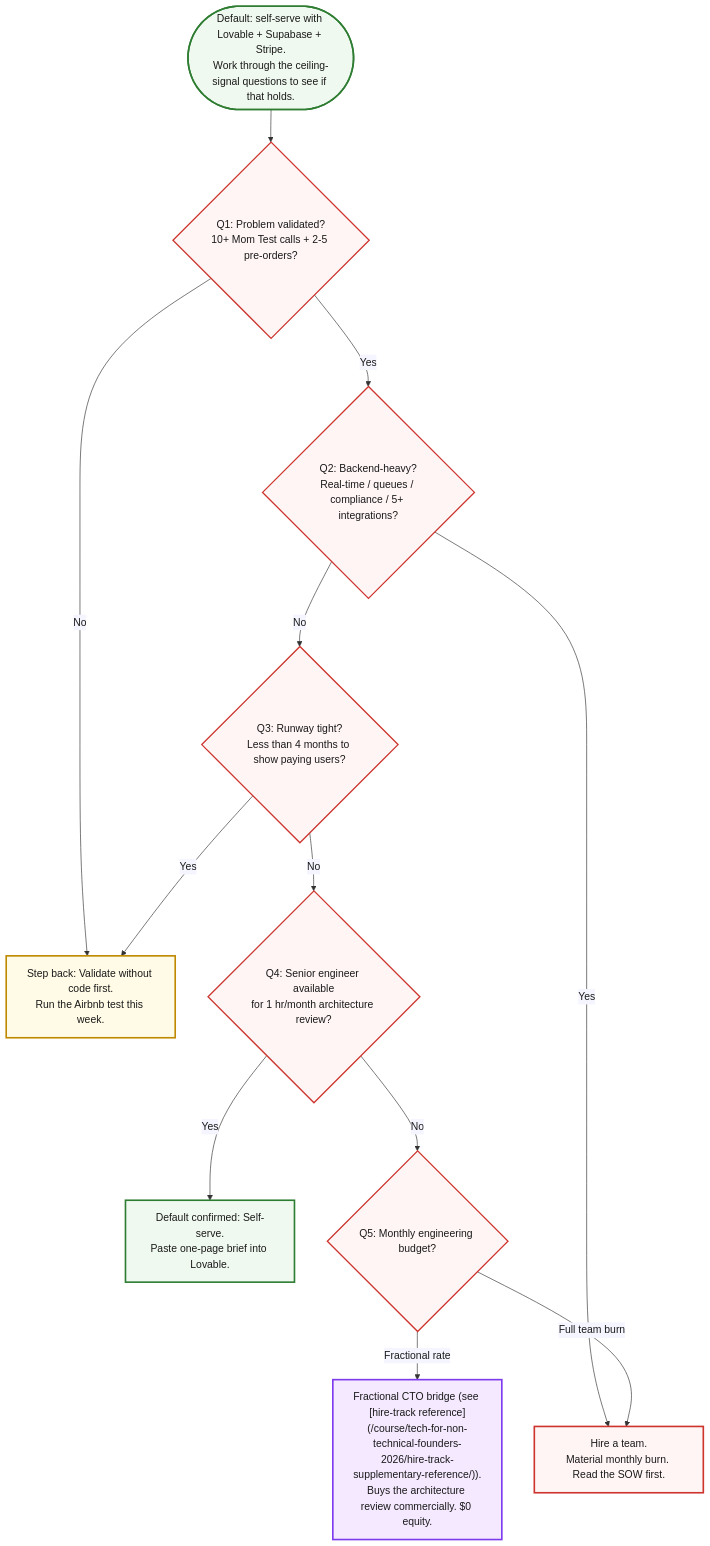
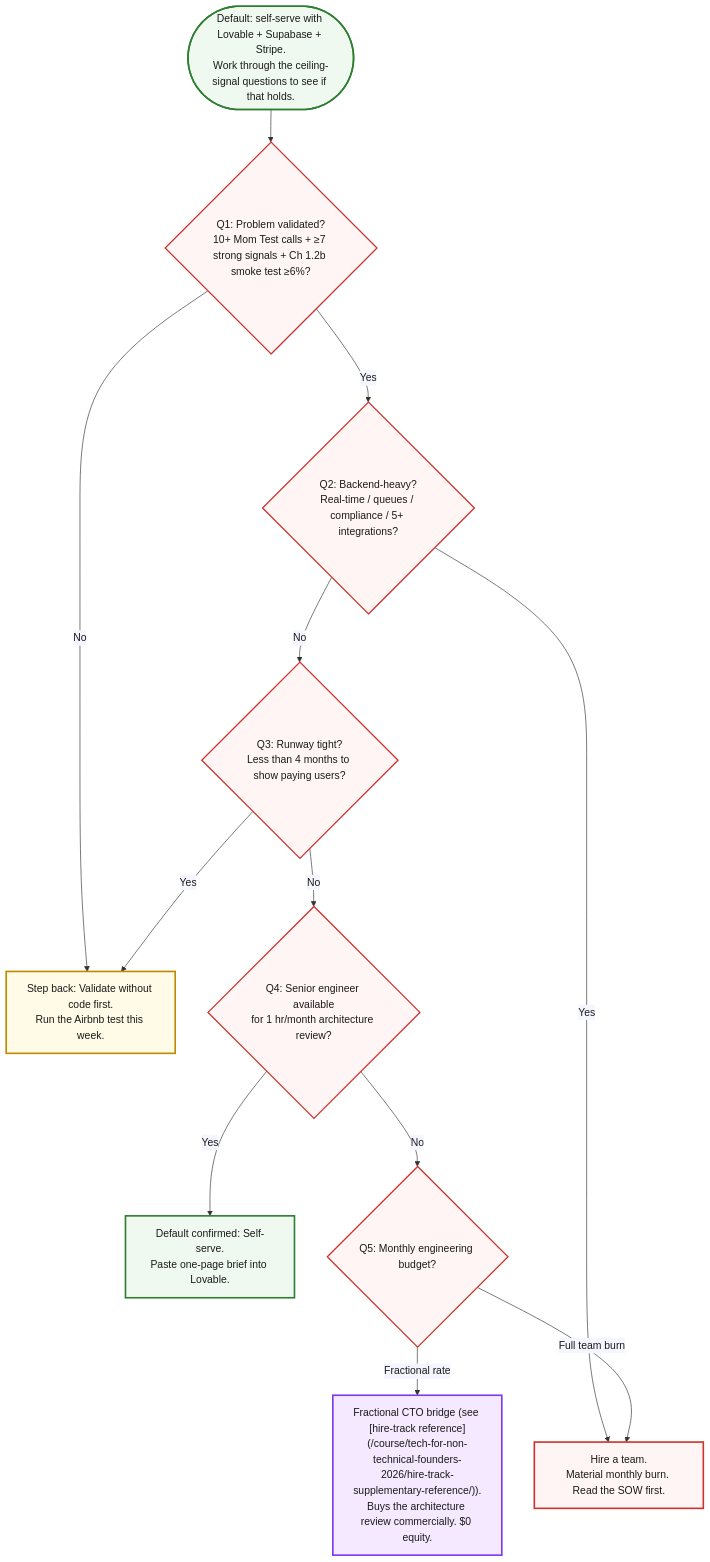
One commit to jetthoughts/jetthoughts.github.io changed the diagram in content/course/tech-for-non-technical-founders-2026/should-you-hire-2026-decision-tree/index.md. Above: the diagram before and after it, drawn with Mermaid. The commit also changed other lines of this file and 26 other files, not shown here.

````diff
--- a/content/course/tech-for-non-technical-founders-2026/should-you-hire-2026-decision-tree/index.md
+++ b/content/course/tech-for-non-technical-founders-2026/should-you-hire-2026-decision-tree/index.md
@@ -114,30 +114,30 @@
 ```mermaid
 %%{init: {'theme':'base', 'themeVariables': {'fontFamily':'Caveat, Patrick Hand, cursive', 'primaryColor':'#fff5f5', 'primaryBorderColor':'#cc342d', 'lineColor':'#333', 'primaryTextColor':'#1a1a1a'}}}%%
 flowchart TD
     Start(["Default: self-serve with Lovable + Supabase + Stripe.<br/>Work through the ceiling-signal questions to see if that holds."])
-    Start --> Q1{"Q1: Problem validated?<br/>10+ Mom Test calls + 2-5 pre-orders?"}
+    Start --> Q1{"Q1: Problem validated?<br/>10+ Mom Test calls + ≥7 strong signals + Ch 1.2b smoke test ≥6%?"}
     Q1 -->|No| Validate["Step back: Validate without code first.<br/>Run the Airbnb test this week."]
     Q1 -->|Yes| Q2{"Q2: Backend-heavy?<br/>Real-time / queues / compliance / 5+ integrations?"}
     Q2 -->|No| Q3{"Q3: Runway tight?<br/>Less than 4 months to show paying users?"}
     Q2 -->|Yes| Hire["Hire a team.<br/>Material monthly burn. Read the SOW first."]
     Q3 -->|No| Q4{"Q4: Senior engineer available<br/>for 1 hr/month architecture review?"}
     Q3 -->|Yes| Validate
     Q4 -->|Yes| SelfServe["Default confirmed: Self-serve.<br/>Paste one-page brief into Lovable."]
     Q4 -->|No| Q5{"Q5: Monthly engineering budget?"}
     Q5 -->|"Fractional rate"| Fractional["Fractional CTO bridge (see [hire-track reference](/course/tech-for-non-technical-founders-2026/hire-track-supplementary-reference/)).<br/>Buys the architecture review commercially. $0 equity."]
     Q5 -->|"Full team burn"| Hire
 
     classDef start fill:#f0f9f0,stroke:#2e7d32,stroke-width:2.5px,color:#1a1a1a
     classDef question fill:#fff5f5,stroke:#cc342d,stroke-width:2px,color:#1a1a1a
     classDef validate fill:#fffbe6,stroke:#bf8a00,stroke-width:2.5px,color:#1a1a1a
     classDef serve fill:#f0f9f0,stroke:#2e7d32,stroke-width:2.5px,color:#1a1a1a
     classDef frac fill:#f5e9ff,stroke:#7c3aed,stroke-width:2.5px,color:#1a1a1a
     classDef hire fill:#fff5f5,stroke:#cc342d,stroke-width:2.5px,color:#1a1a1a
 
     class Start start
     class Q1,Q2,Q3,Q4,Q5 question
     class Validate validate
     class SelfServe serve
     class Fractional frac
     class Hire hire
 ```
````
